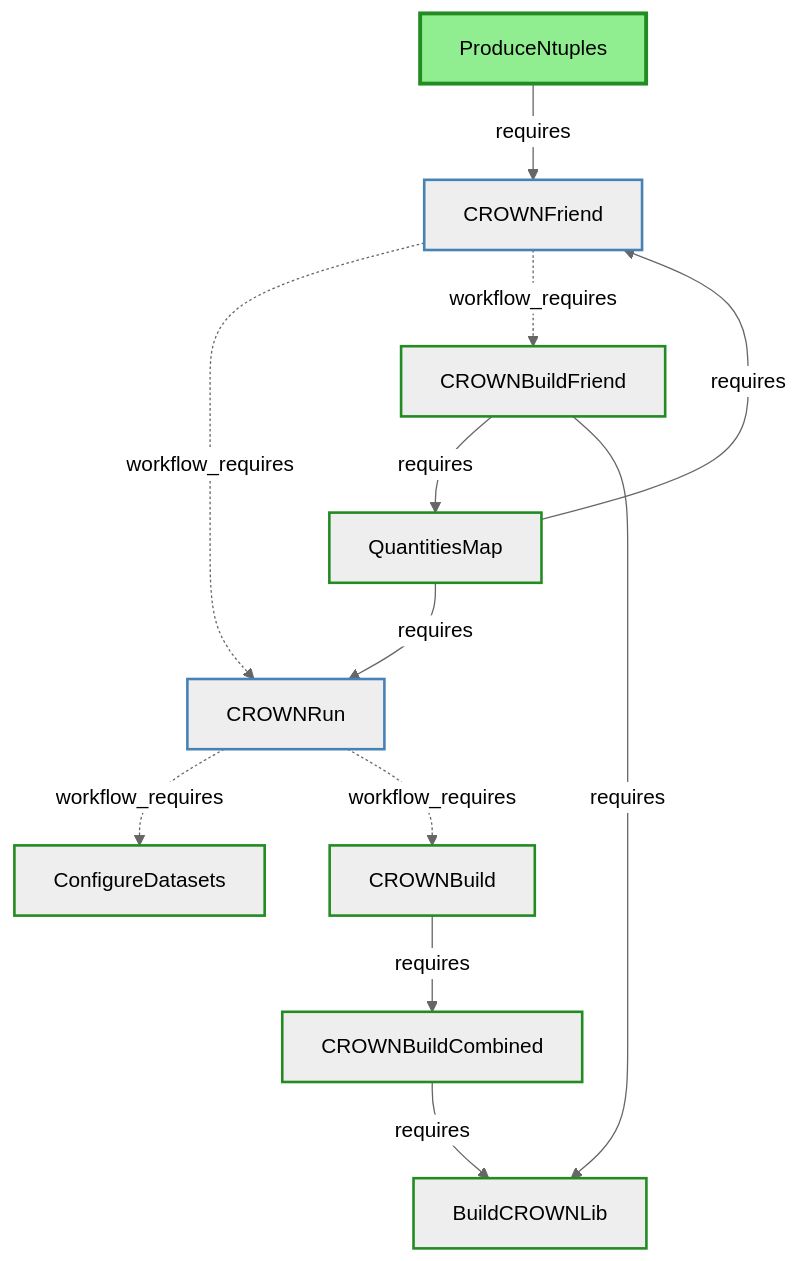
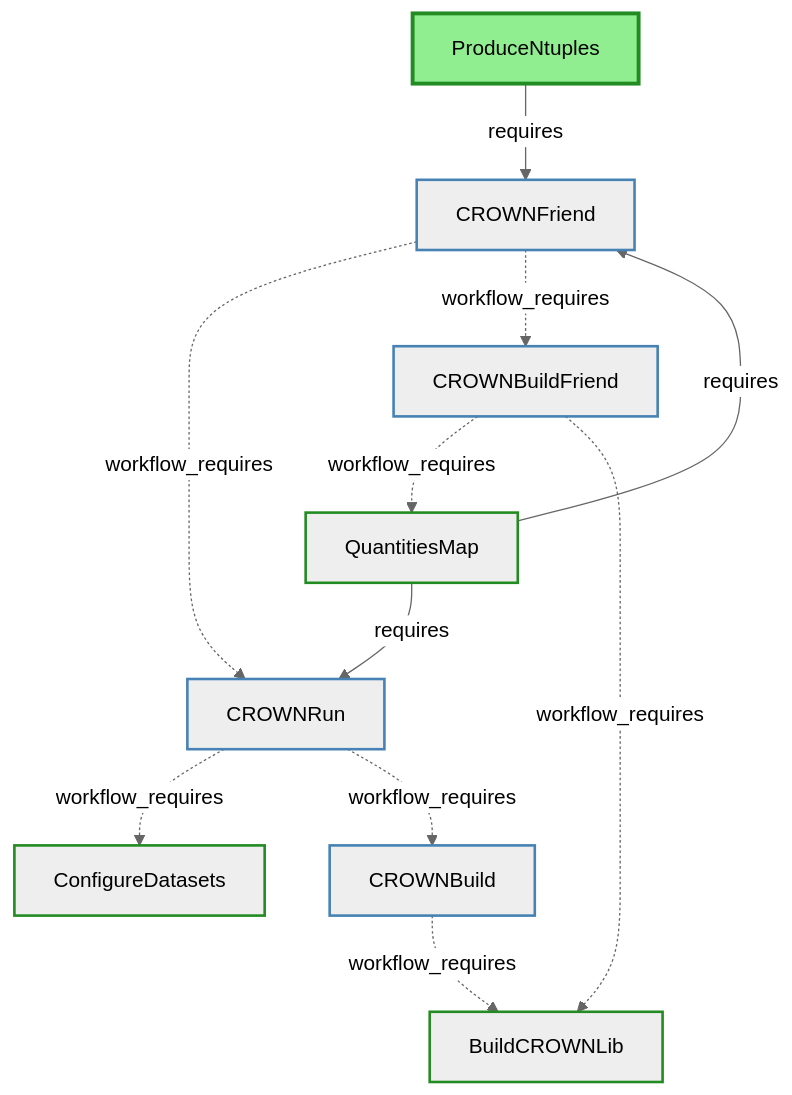
The fourth of 4 diagrams in processor/DEPENDENCIES_DIAGRAM.md (KIT-CMS/KingMaker), drawn with Mermaid (neutral theme) before and after one commit. The commit also changed other lines of this file and 9 other files, not shown here.

````diff
--- a/processor/DEPENDENCIES_DIAGRAM.md
+++ b/processor/DEPENDENCIES_DIAGRAM.md
@@ -124,47 +118,44 @@
 ```mermaid
 flowchart TD
   %% CROWN Ntuple Production Tasks
   CROWNRun["CROWNRun"]
   ConfigureDatasets["ConfigureDatasets"]
-  CROWNBuildCombined["CROWNBuildCombined"]
   CROWNBuild["CROWNBuild"]
   BuildCROWNLib["BuildCROWNLib"]
 
   %% CROWN Friend Production Tasks
   ProduceNtuples["ProduceNtuples"]
   CROWNFriend["CROWNFriend"]
   CROWNBuildFriend["CROWNBuildFriend"]
   QuantitiesMap["QuantitiesMap"]
 
   %% Quantities map dependencies
   QuantitiesMap -->|requires| CROWNRun
   QuantitiesMap -->|requires| CROWNFriend
 
   %% CROWN Ntuple Production dependencies
   CROWNRun -.->|workflow_requires| ConfigureDatasets
   CROWNRun -.->|workflow_requires| CROWNBuild
-  CROWNBuildCombined -->|requires| BuildCROWNLib
-  CROWNBuild -->|requires| CROWNBuildCombined
+  CROWNBuild -.->|workflow_requires| BuildCROWNLib
 
   %% CROWN Friend Production dependencies
   CROWNFriend -.->|workflow_requires| CROWNRun
   CROWNFriend -.->|workflow_requires| CROWNBuildFriend
-  CROWNBuildFriend -->|requires| QuantitiesMap
-  CROWNBuildFriend -->|requires| BuildCROWNLib
+  CROWNBuildFriend -.->|workflow_requires| QuantitiesMap
+  CROWNBuildFriend -.->|workflow_requires| BuildCROWNLib
   ProduceNtuples -->|requires| CROWNFriend
 
   %% Styling for top-level entry points
   style ProduceNtuples fill:#90EE90,stroke:#228B22,stroke-width:3px,color:#000
 
   %% Styling for workflow tasks
   style CROWNRun stroke:#4682B4,stroke-width:2px
   style CROWNFriend stroke:#4682B4,stroke-width:2px
+  style CROWNBuild stroke:#4682B4,stroke-width:2px
+  style CROWNBuildFriend stroke:#4682B4,stroke-width:2px
 
   %% Styling for local tasks with green border
   style ConfigureDatasets stroke:#228B22,stroke-width:2px
-  style CROWNBuildCombined stroke:#228B22,stroke-width:2px
-  style CROWNBuild stroke:#228B22,stroke-width:2px
   style BuildCROWNLib stroke:#228B22,stroke-width:2px
-  style CROWNBuildFriend stroke:#228B22,stroke-width:2px
   style QuantitiesMap stroke:#228B22,stroke-width:2px
 ```
````
